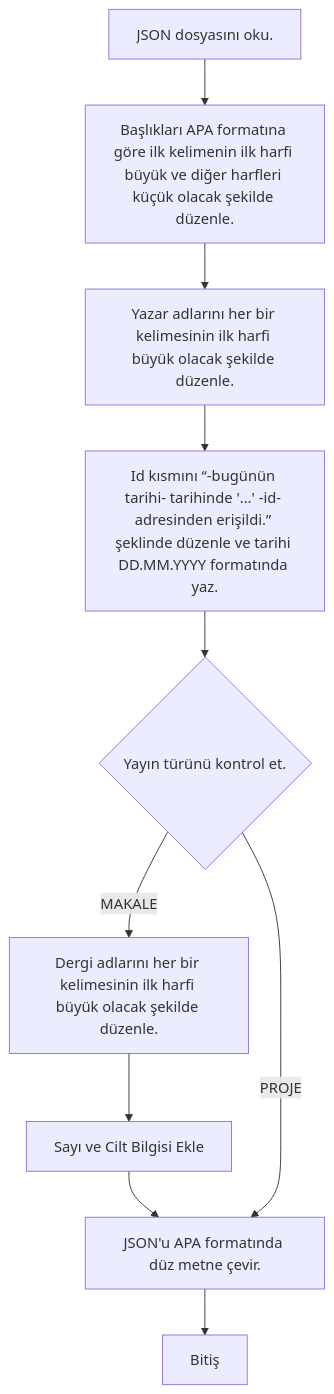
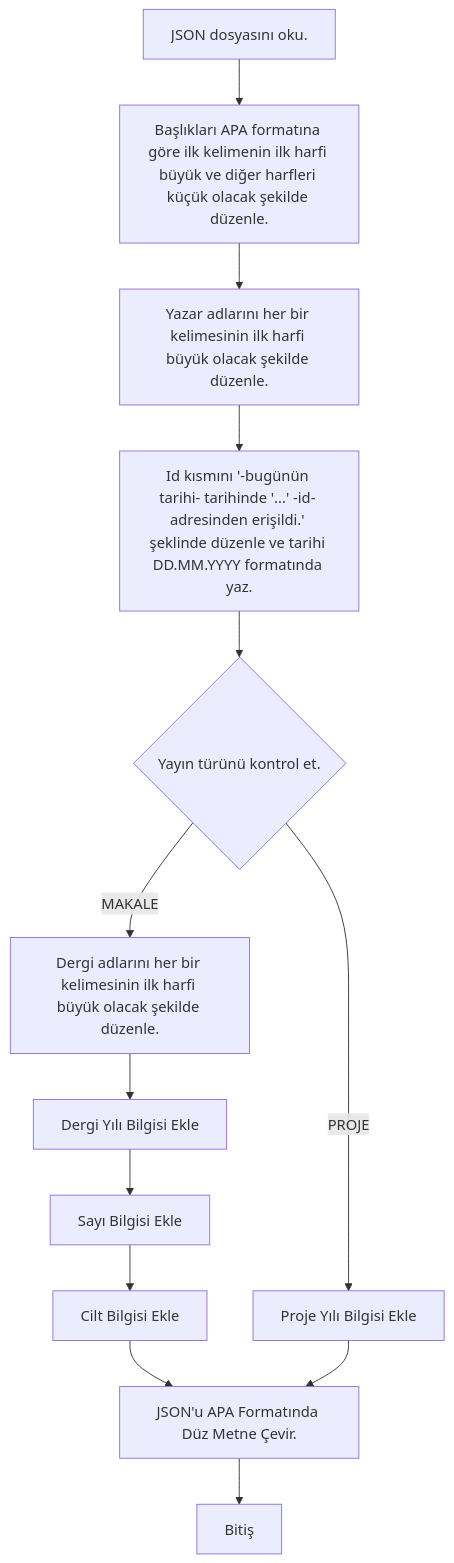
The diagram in README.md (ebrargunay/apa-olusturucu), drawn with Mermaid before and after one commit.

````diff
--- a/README.md
+++ b/README.md
@@ -5,12 +5,18 @@
 ```mermaid
 flowchart TD
-    F1[JSON dosyasını oku.] --> F2[Başlıkları APA formatına göre ilk kelimenin ilk harfi büyük ve diğer harfleri küçük olacak şekilde düzenle.]
-    F2 --> F3[Yazar adlarını her bir kelimesinin ilk harfi büyük olacak şekilde düzenle.]
-    F3 --> F4[Id kısmını “-bugünün tarihi- tarihinde '...' -id- adresinden erişildi.” şeklinde düzenle ve tarihi DD.MM.YYYY formatında yaz.]
-    F4 --> F5{Yayın türünü kontrol et.}
-    F5 -->|MAKALE| F6[Dergi adlarını her bir kelimesinin ilk harfi büyük olacak şekilde düzenle.]
-    F6 --> F7[Sayı ve Cilt Bilgisi Ekle]
-    F7 --> F8[JSON'u APA formatında düz metne çevir.]
-    F5 -->|PROJE| F8
-    F8 --> F9[Bitiş]
+    F1["JSON dosyasını oku."] --> F2["Başlıkları APA formatına göre ilk kelimenin ilk harfi büyük ve diğer harfleri küçük olacak şekilde düzenle."]
+    F2 --> F3["Yazar adlarını her bir kelimesinin ilk harfi büyük olacak şekilde düzenle."]
+    F3 --> F4@{ label: "Id kısmını '-bugünün tarihi- tarihinde '...' -id- adresinden erişildi.' şeklinde düzenle ve tarihi DD.MM.YYYY formatında yaz." }
+    F4 --> F5{"Yayın türünü kontrol et."}
+    F5 -- MAKALE --> F6["Dergi adlarını her bir kelimesinin ilk harfi büyük olacak şekilde düzenle."]
+    F6 --> F10["Dergi Yılı Bilgisi Ekle"]
+    F10 --> F7["Sayı Bilgisi Ekle"]
+    F7 --> F11["Cilt Bilgisi Ekle"]
+    F11 --> F8@{ label: "JSON'u APA Formatında Düz Metne Çevir." }
+    F5 -- PROJE --> F12["Proje Yılı Bilgisi Ekle"]
+    F12 --> F8
+    F8 --> F9["Bitiş"]
+    F4@{ shape: rect}
+    F8@{ shape: rect}
+
 ```
````
